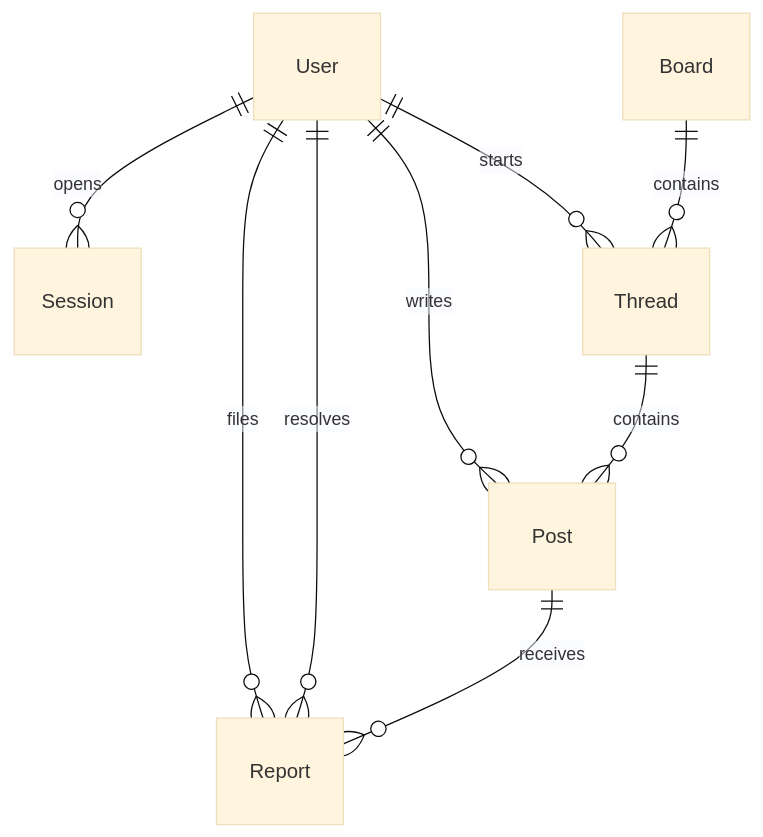
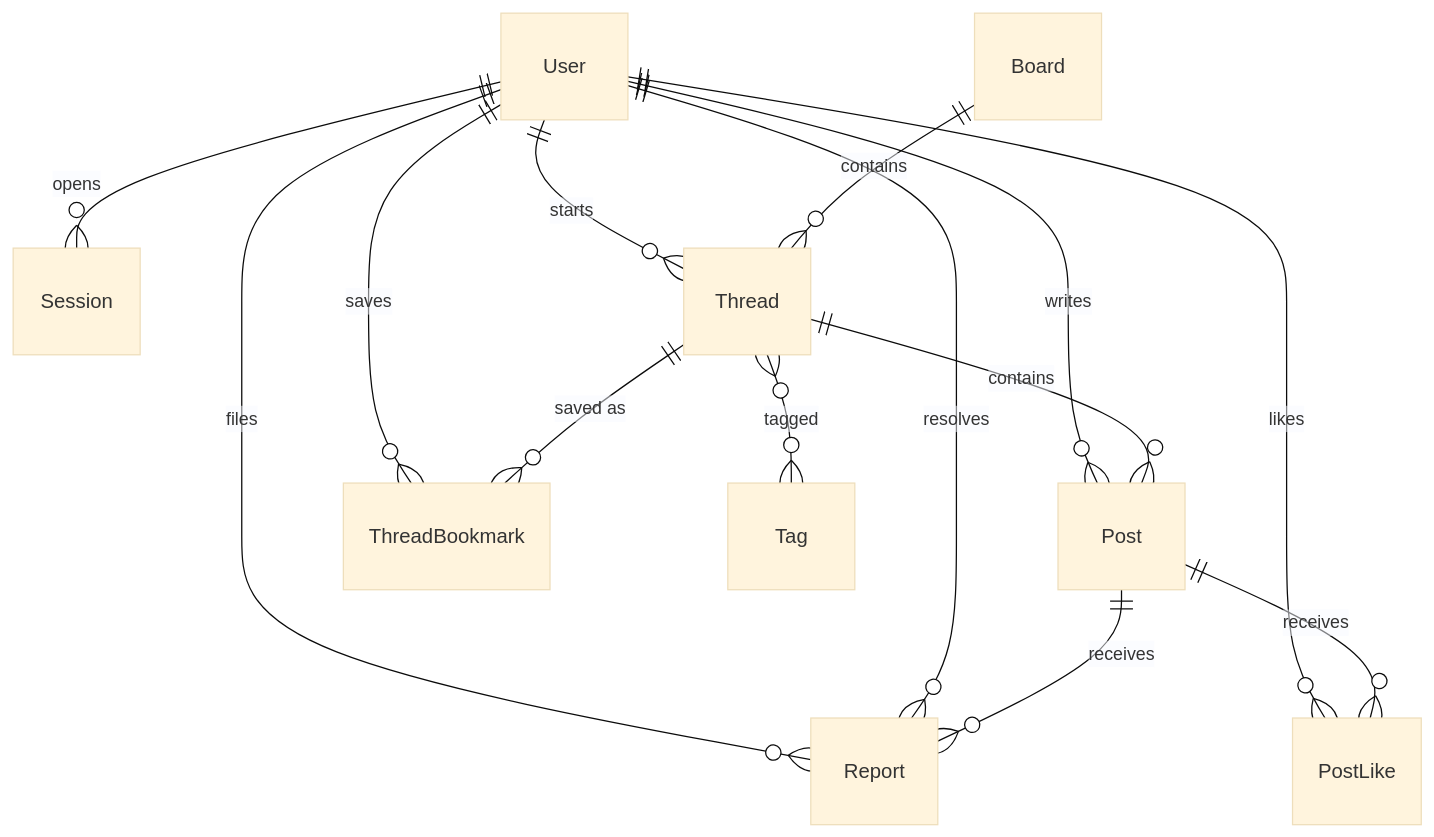
Before and after one commit to Galigraver-0722/kindaitoyooka-bbs: the diagram in docs/03-data-model.md, drawn with Mermaid (base theme). The commit also changed other lines of this file and 34 other files, not shown here.

````diff
--- a/docs/03-data-model.md
+++ b/docs/03-data-model.md
@@ -10,11 +10,16 @@
 ```mermaid
 erDiagram
     User ||--o{ Session : "opens"
     User ||--o{ Thread : "starts"
     User ||--o{ Post : "writes"
     User ||--o{ Report : "files"
     User ||--o{ Report : "resolves"
+    User ||--o{ PostLike : "likes"
+    User ||--o{ ThreadBookmark : "saves"
     Board ||--o{ Thread : "contains"
     Thread ||--o{ Post : "contains"
+    Thread ||--o{ ThreadBookmark : "saved as"
+    Thread }o--o{ Tag : "tagged"
     Post ||--o{ Report : "receives"
+    Post ||--o{ PostLike : "receives"
 ```
````
